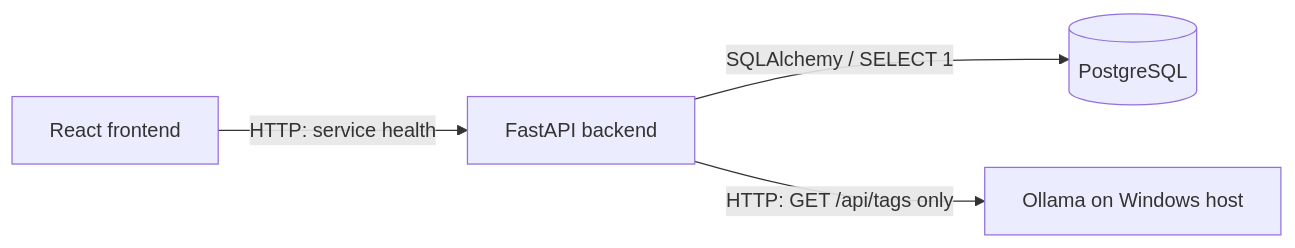
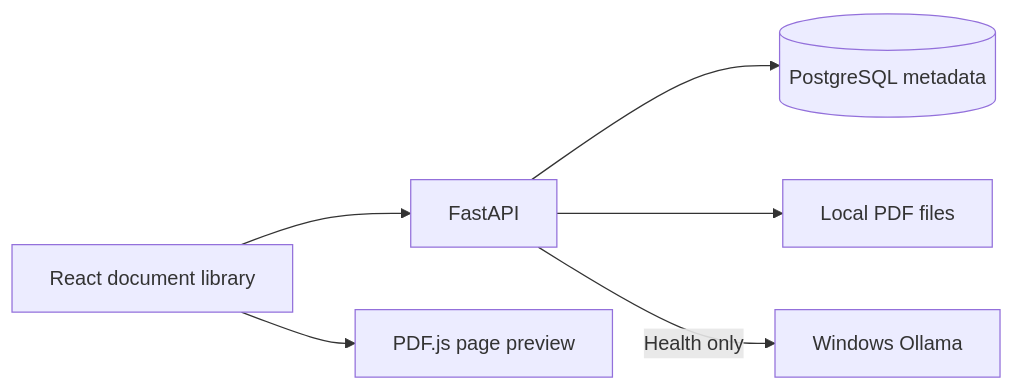
The diagram in README.md (Amrincode/ragvault), drawn with Mermaid before and after one commit. The commit also changed other lines of this file and 53 other files, not shown here.

Commit message:
feat: implement PDF document management

````diff
--- a/README.md
+++ b/README.md
@@ -20,6 +21,8 @@
 ```mermaid
 flowchart LR
-    UI[React frontend] -->|HTTP: service health| API[FastAPI backend]
-    API -->|SQLAlchemy / SELECT 1| DB[(PostgreSQL)]
-    API -->|HTTP: GET /api/tags only| OLLAMA[Ollama on Windows host]
+    React[React document library] --> API[FastAPI]
+    API --> DB[(PostgreSQL metadata)]
+    API --> PDFs[Local PDF files]
+    React --> Preview[PDF.js page preview]
+    API -->|Health only| Ollama[Windows Ollama]
 ```
````
